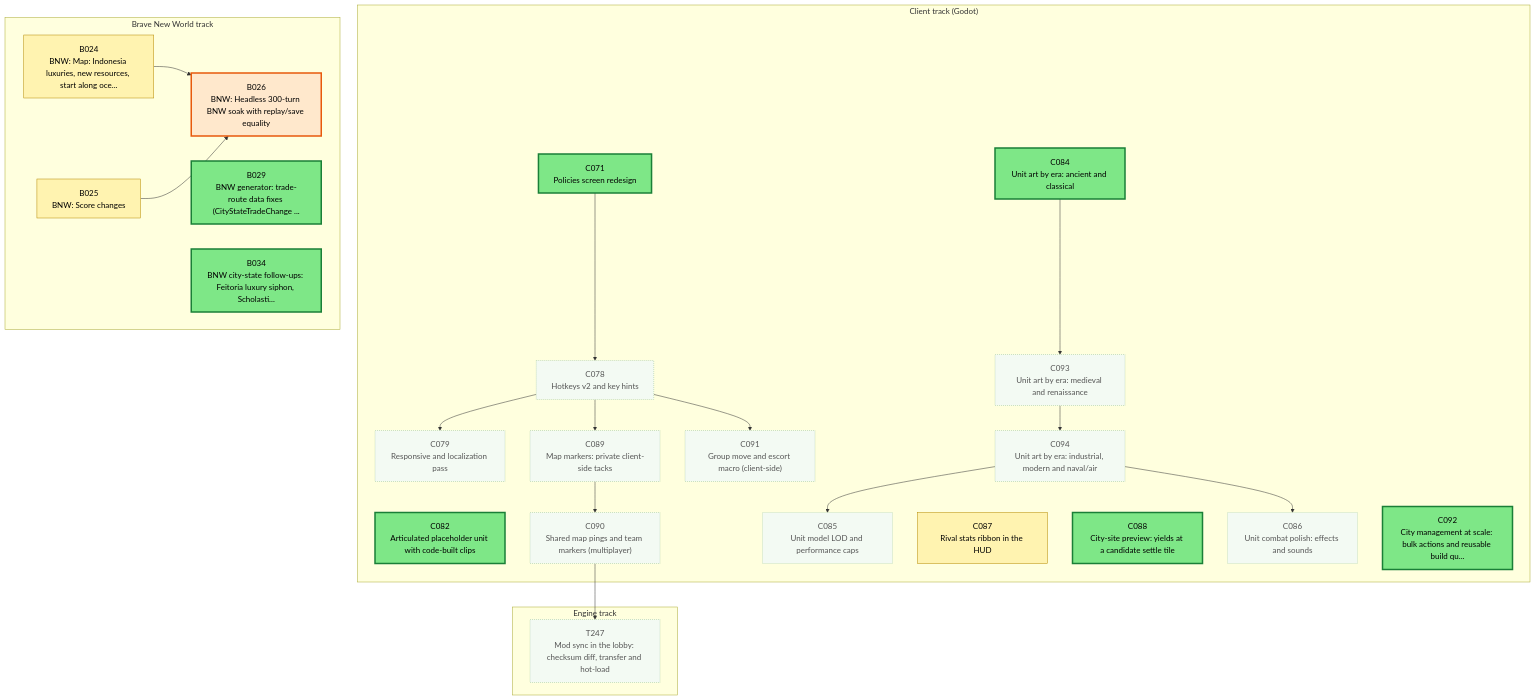
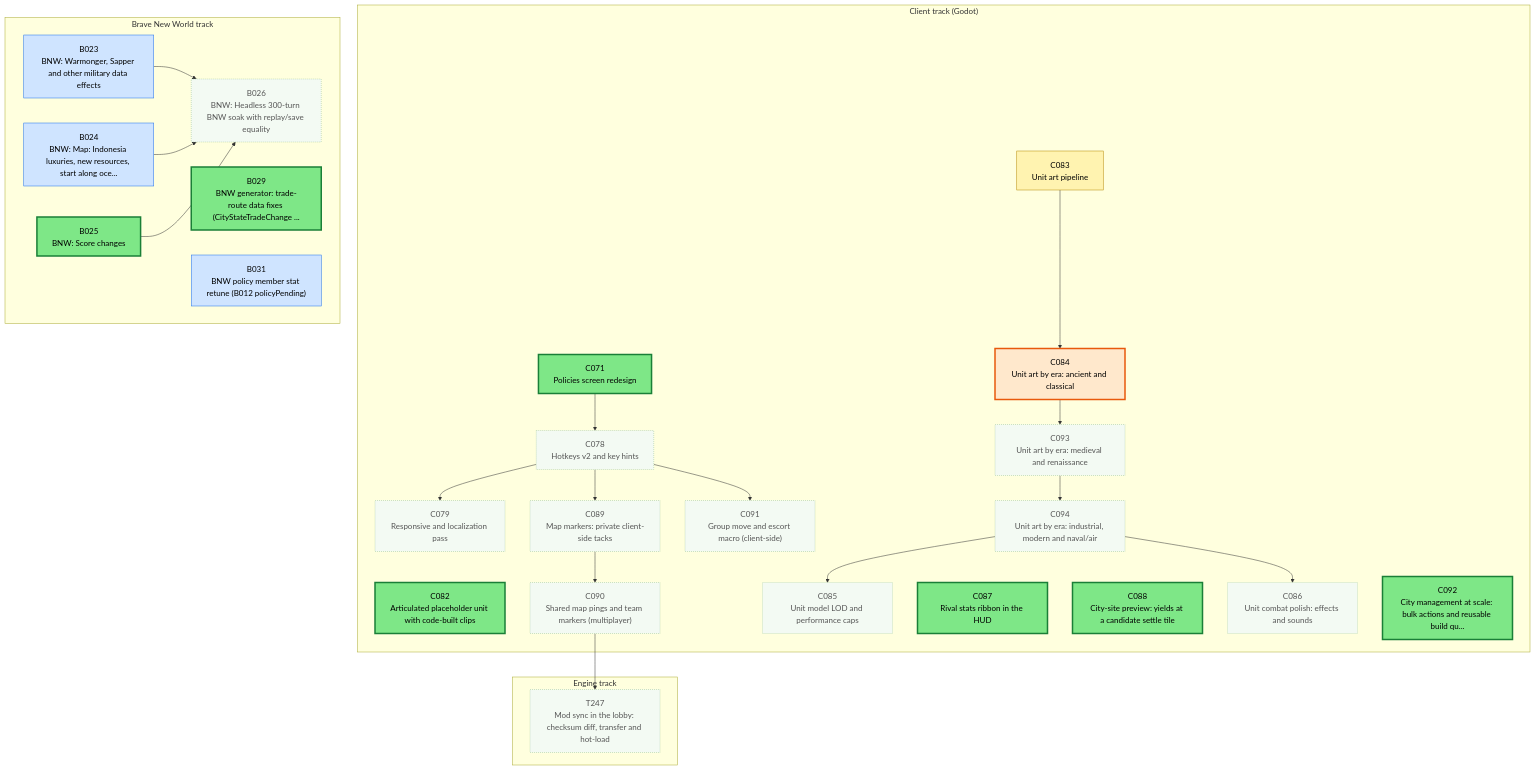
Before and after one commit to Kenmura/Unciv: the first of 3 diagrams in csharp/migration/DEPENDENCY_MAP.md, drawn with Mermaid. The commit also changed other lines of this file and 8 other files, not shown here.

````diff
--- a/csharp/migration/DEPENDENCY_MAP.md
+++ b/csharp/migration/DEPENDENCY_MAP.md
@@ -25,70 +25,76 @@
 ```mermaid
 flowchart TD
   subgraph TTRACK["Engine track"]
     T247["T247<br/>Mod sync in the lobby: checksum diff, transfer and hot-load"]
   end
   subgraph CTRACK["Client track (Godot)"]
     C071["C071<br/>Policies screen redesign"]
     C078["C078<br/>Hotkeys v2 and key hints"]
     C079["C079<br/>Responsive and localization pass"]
     C082["C082<br/>Articulated placeholder unit with code-built clips"]
+    C083["C083<br/>Unit art pipeline"]
     C084["C084<br/>Unit art by era: ancient and classical"]
     C085["C085<br/>Unit model LOD and performance caps"]
     C086["C086<br/>Unit combat polish: effects and sounds"]
     C087["C087<br/>Rival stats ribbon in the HUD"]
     C088["C088<br/>City-site preview: yields at a candidate settle tile"]
     C089["C089<br/>Map markers: private client-side tacks"]
     C090["C090<br/>Shared map pings and team markers (multiplayer)"]
     C091["C091<br/>Group move and escort macro (client-side)"]
     C092["C092<br/>City management at scale: bulk actions and reusable build qu..."]
     C093["C093<br/>Unit art by era: medieval and renaissance"]
     C094["C094<br/>Unit art by era: industrial, modern and naval/air"]
   end
   subgraph BTRACK["Brave New World track"]
+    B023["B023<br/>BNW: Warmonger, Sapper and other military data effects"]
     B024["B024<br/>BNW: Map: Indonesia luxuries, new resources, start along oce..."]
     B025["B025<br/>BNW: Score changes"]
     B026["B026<br/>BNW: Headless 300-turn BNW soak with replay/save equality"]
     B029["B029<br/>BNW generator: trade-route data fixes (CityStateTradeChange ..."]
-    B034["B034<br/>BNW city-state follow-ups: Feitoria luxury siphon, Scholasti..."]
+    B031["B031<br/>BNW policy member stat retune (B012 policyPending)"]
   end
   C090 --> T247
   C071 --> C078
   C078 --> C079
+  C083 --> C084
   C094 --> C085
   C094 --> C086
   C078 --> C089
   C089 --> C090
   C078 --> C091
   C084 --> C093
   C093 --> C094
+  B023 --> B026
   B024 --> B026
   B025 --> B026
   classDef waiting fill:#f3faf3,stroke:#9bc49b,color:#555,stroke-dasharray:2 2
   classDef ondeck fill:#ffe8cc,stroke:#e8590c,stroke-width:3px,color:#000
   classDef ready fill:#7ee787,stroke:#1a7f37,stroke-width:3px,color:#000
   classDef prog fill:#fff3b0,stroke:#b58900,color:#000
   classDef review fill:#cfe4ff,stroke:#1f6feb,color:#000
   classDef blocked fill:#ffd6d6,stroke:#c62828,color:#000
   classDef done fill:#eeeeee,stroke:#999999,color:#666,stroke-dasharray:4 3
-  class B024 prog
-  class B025 prog
-  class B026 ondeck
+  class B023 review
+  class B024 review
+  class B025 ready
+  class B026 waiting
   class B029 ready
-  class B034 ready
+  class B031 review
   class C071 ready
   class C078 waiting
   class C079 waiting
   class C082 ready
-  class C084 ready
+  class C083 prog
+  class C084 ondeck
   class C085 waiting
   class C086 waiting
-  class C087 prog
+  class C087 ready
   class C088 ready
   class C089 waiting
   class C090 waiting
   class C091 waiting
   class C092 ready
   class C093 waiting
   class C094 waiting
   class T247 waiting
 ```
````
